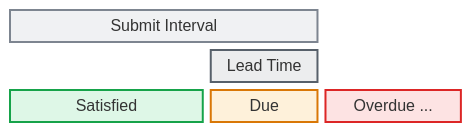
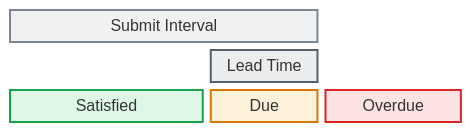
The third of 3 diagrams in docs/drafts/adding-a-new-document.md (opus-safety/opus-knowledge-base), drawn with Mermaid (neutral theme) before and after one commit.

Commit message:
Update adding a new document
Published via More Buttons Chrome Extension

````diff
--- a/docs/drafts/adding-a-new-document.md
+++ b/docs/drafts/adding-a-new-document.md
@@ -275,19 +275,19 @@
     ```mermaid
     block-beta
       columns 16
       i["Submit Interval"]:11 space:5
       space:7 l["Lead Time"]:4 space:5
-      s["Satisfied"]:7 d["Due"]:4 o["Overdue ..."]:5
+      s["Satisfied"]:7 d["Due"]:4 o["Overdue"]:5
 
       classDef interval stroke:#7d8590,fill:#9ca3af26,color:#374151,stroke-width:2px;
       classDef lead stroke:#57606a,fill:#7d859026,color:#374151,stroke-width:2px;
       classDef sat stroke:#16a34a,fill:#22c55e26,color:#14532d,stroke-width:2px;
       classDef due stroke:#d97706,fill:#f59e0b26,color:#78350f,stroke-width:2px;
       classDef over stroke:#dc2626,fill:#ef444426,color:#7f1d1d,stroke-width:2px;
 
       class i interval
       class l lead
       class s sat
       class d due
       class o over
     ```
````
